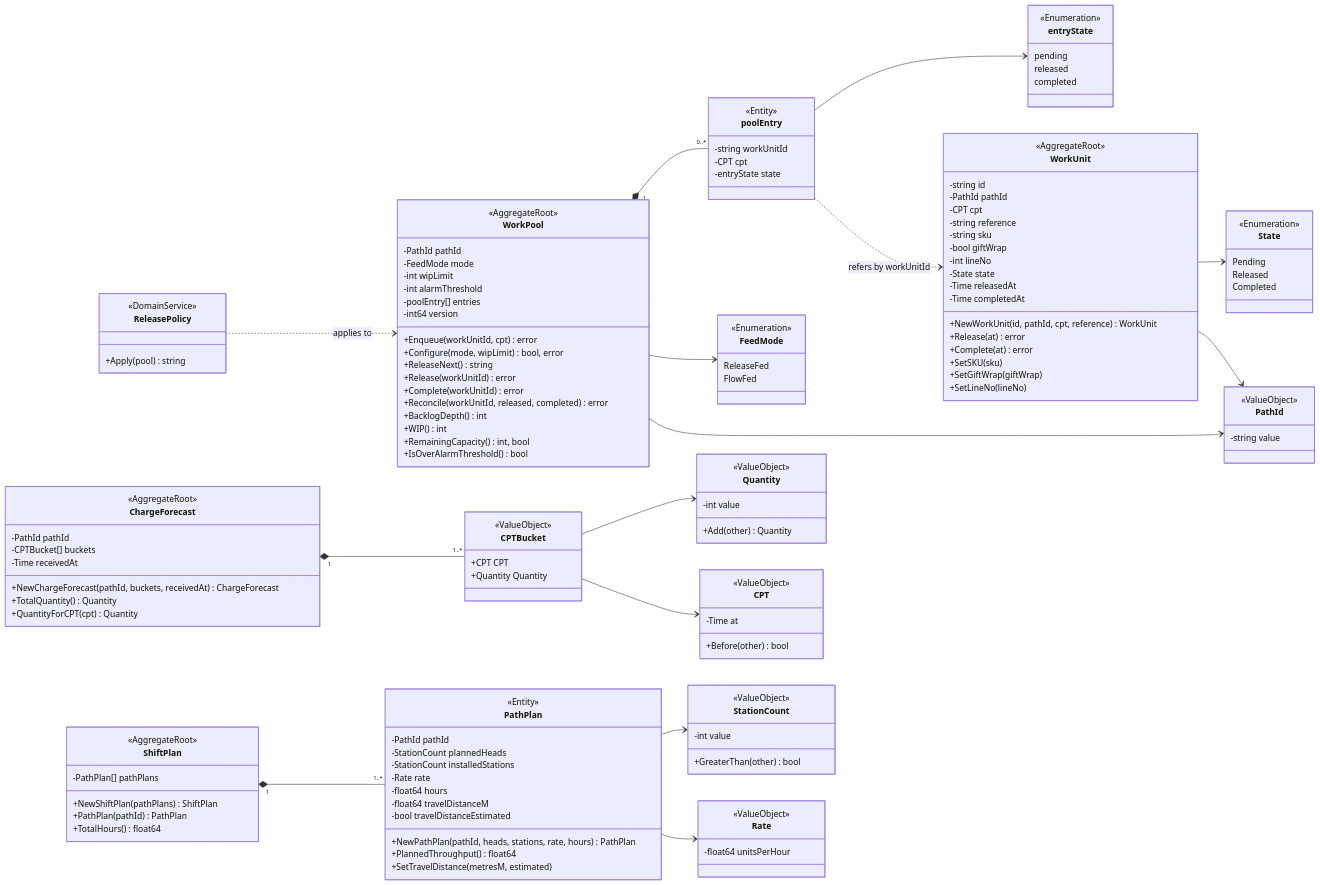
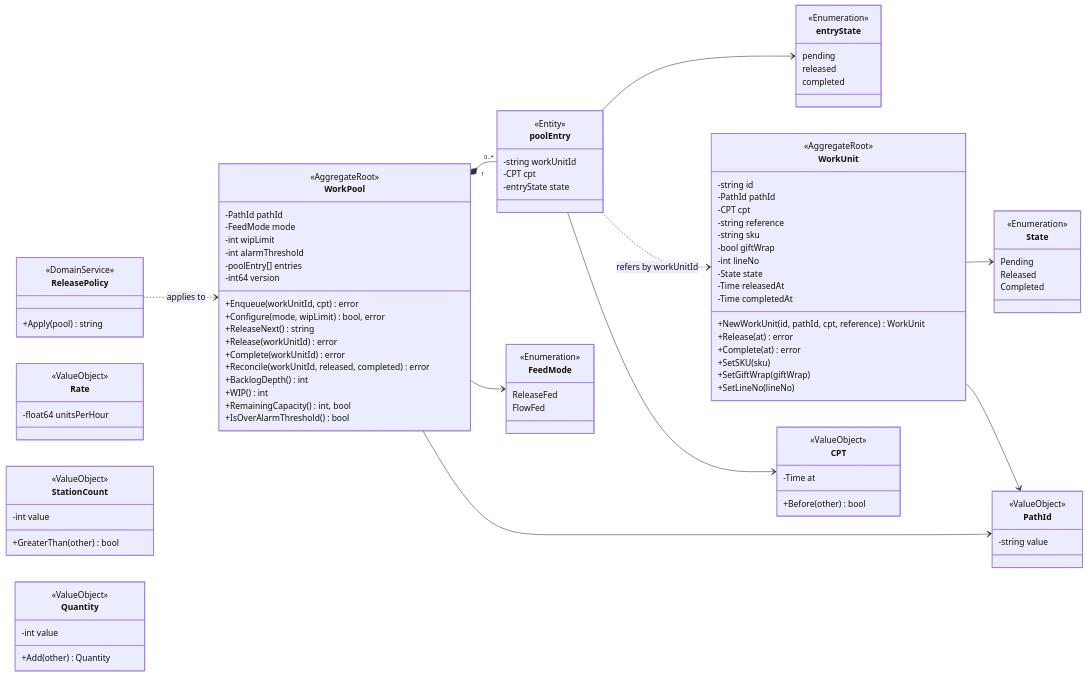
One commit to IQVO/wes-work-planning changed the first of 5 diagrams in docs/docs/ddd/class-diagram.md. Above: the diagram before and after it, drawn with Mermaid. The commit also changed other lines of this file and 10 other files, not shown here.

````diff
--- a/docs/docs/ddd/class-diagram.md
+++ b/docs/docs/ddd/class-diagram.md
@@ -23,42 +23,6 @@
 ```mermaid
 classDiagram
     direction LR
-
-    class ChargeForecast {
-        <<AggregateRoot>>
-        -PathId pathId
-        -CPTBucket[] buckets
-        -Time receivedAt
-        +NewChargeForecast(pathId, buckets, receivedAt) ChargeForecast
-        +TotalQuantity() Quantity
-        +QuantityForCPT(cpt) Quantity
-    }
-    class CPTBucket {
-        <<ValueObject>>
-        +CPT CPT
-        +Quantity Quantity
-    }
-
-    class ShiftPlan {
-        <<AggregateRoot>>
-        -PathPlan[] pathPlans
-        +NewShiftPlan(pathPlans) ShiftPlan
-        +PathPlan(pathId) PathPlan
-        +TotalHours() float64
-    }
-    class PathPlan {
-        <<Entity>>
-        -PathId pathId
-        -StationCount plannedHeads
-        -StationCount installedStations
-        -Rate rate
-        -float64 hours
-        -float64 travelDistanceM
-        -bool travelDistanceEstimated
-        +NewPathPlan(pathId, heads, stations, rate, hours) PathPlan
-        +PlannedThroughput() float64
-        +SetTravelDistance(metresM, estimated)
-    }
 
     class WorkPool {
         <<AggregateRoot>>
@@ -151,18 +115,13 @@
         +Add(other) Quantity
     }
 
-    ChargeForecast "1" *-- "1..*" CPTBucket
-    ShiftPlan "1" *-- "1..*" PathPlan
     WorkPool "1" *-- "0..*" poolEntry
     WorkPool --> FeedMode
     poolEntry --> entryState
     WorkUnit --> State
     ReleasePolicy ..> WorkPool : applies to
     poolEntry ..> WorkUnit : refers by workUnitId
-    PathPlan --> StationCount
-    PathPlan --> Rate
-    CPTBucket --> Quantity
-    CPTBucket --> CPT
+    poolEntry --> CPT
     WorkUnit --> PathId
     WorkPool --> PathId
 ```
````
